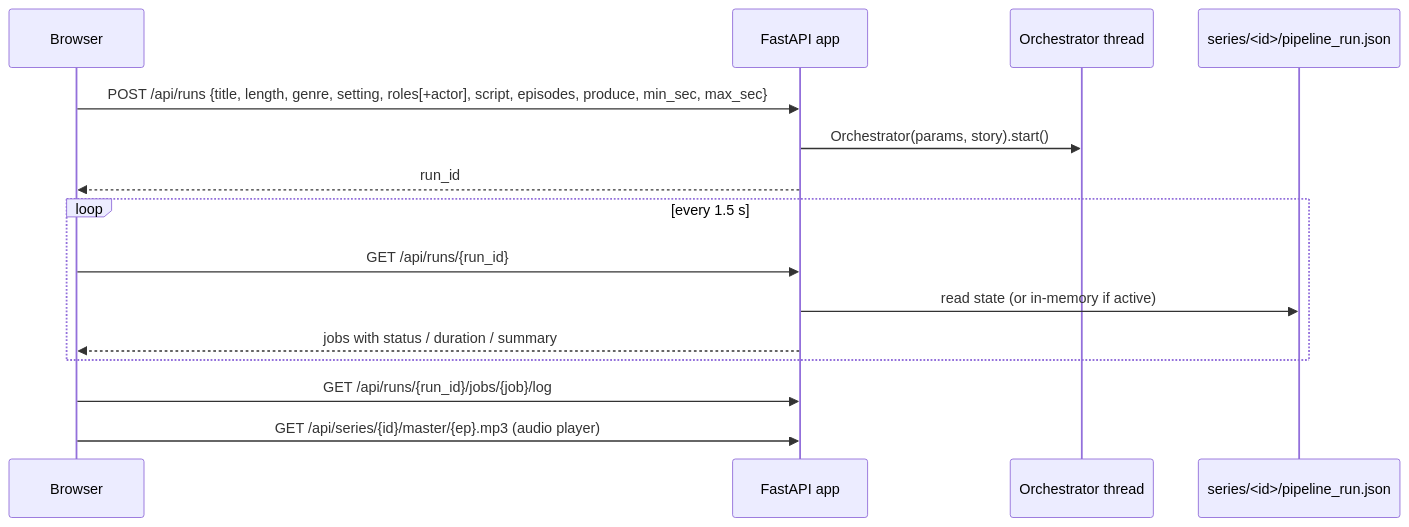
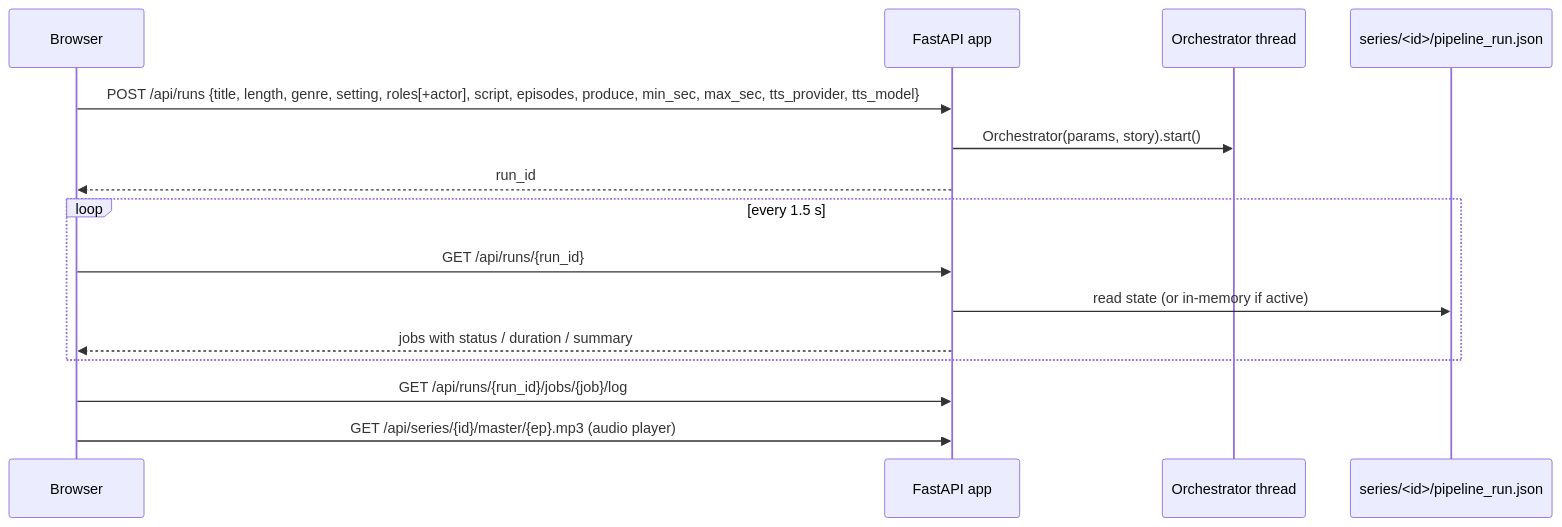
One commit to dhp-exe/ai-audio changed the sixth of 6 diagrams in docs/ARCHITECTURE.md. Above: the diagram before and after it, drawn with Mermaid. The commit also changed other lines of this file and 45 other files, not shown here.

````diff
--- a/docs/ARCHITECTURE.md
+++ b/docs/ARCHITECTURE.md
@@ -262,18 +270,18 @@
 ```mermaid
 sequenceDiagram
     participant B as Browser
     participant A as FastAPI app
     participant O as Orchestrator thread
     participant F as series/<id>/pipeline_run.json
 
-    B->>A: POST /api/runs {title, length, genre, setting, roles[+actor], script, episodes, produce, min_sec, max_sec}
+    B->>A: POST /api/runs {title, length, genre, setting, roles[+actor], script, episodes, produce, min_sec, max_sec, tts_provider, tts_model}
     A->>O: Orchestrator(params, story).start()
     A-->>B: run_id
     loop every 1.5 s
         B->>A: GET /api/runs/{run_id}
         A->>F: read state (or in-memory if active)
         A-->>B: jobs with status / duration / summary
     end
     B->>A: GET /api/runs/{run_id}/jobs/{job}/log
     B->>A: GET /api/series/{id}/master/{ep}.mp3 (audio player)
 ```
````
